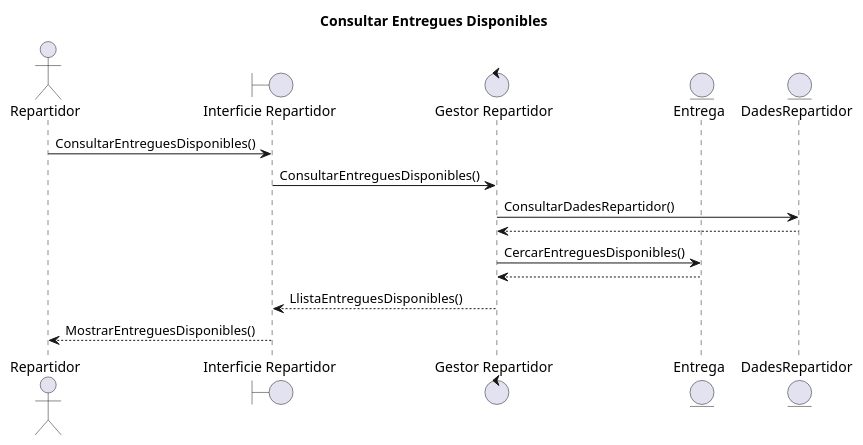
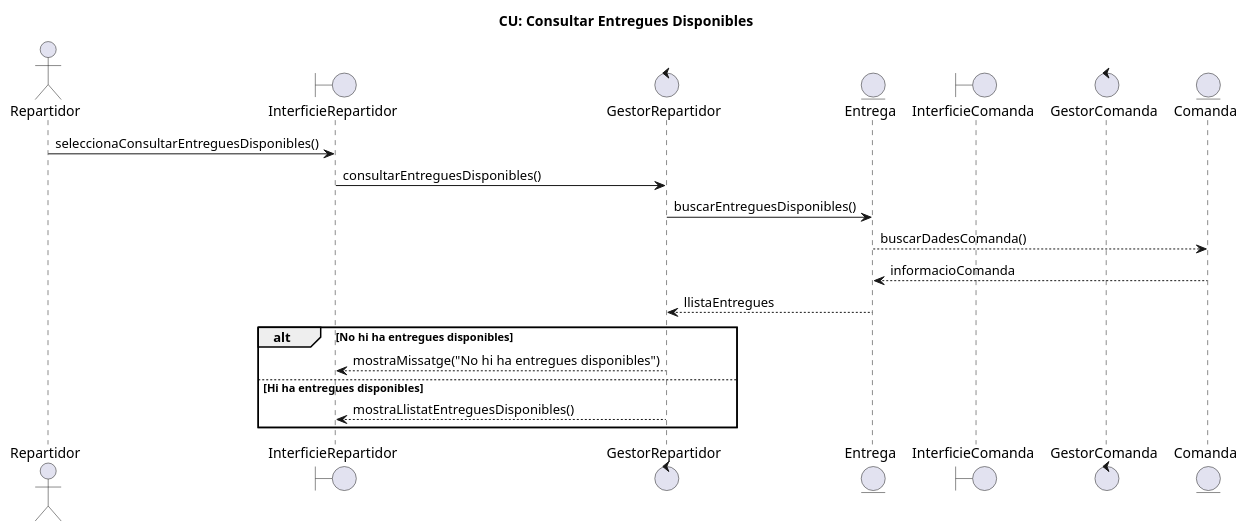
Before and after one commit to AndresVT24/ES23UAB-411-5: the diagram in others/sprint4/plantuml/repartidor_ConsultarEntreguesDisponibles.puml, drawn with PlantUML. The commit also changed 13 other files, not shown here.

Commit message:
diagramas

```diff
--- a/others/sprint4/plantuml/repartidor_ConsultarEntreguesDisponibles.puml
+++ b/others/sprint4/plantuml/repartidor_ConsultarEntreguesDisponibles.puml
@@ -1,23 +1,30 @@
 @startuml
-title Consultar Entregues Disponibles
+title CU: Consultar Entregues Disponibles
 
 actor Repartidor
 
-boundary "Interficie Repartidor" as Interficie
-control "Gestor Repartidor" as Gestor
-entity "Entrega" as Entrega
-entity "DadesRepartidor" as DadesRepartidor
+boundary InterficieRepartidor
+control GestorRepartidor
 
-Repartidor -> Interficie : ConsultarEntreguesDisponibles()
-Interficie -> Gestor : ConsultarEntreguesDisponibles()
+entity Entrega
 
-Gestor -> DadesRepartidor : ConsultarDadesRepartidor()
-DadesRepartidor --> Gestor
+boundary InterficieComanda
+control GestorComanda
 
-Gestor -> Entrega : CercarEntreguesDisponibles()
-Entrega --> Gestor
+entity Comanda
 
-Gestor --> Interficie : LlistaEntreguesDisponibles()
-Interficie --> Repartidor : MostrarEntreguesDisponibles()
+Repartidor -> InterficieRepartidor : seleccionaConsultarEntreguesDisponibles()
+InterficieRepartidor -> GestorRepartidor : consultarEntreguesDisponibles()
+
+GestorRepartidor -> Entrega : buscarEntreguesDisponibles()
+Entrega --> Comanda : buscarDadesComanda()
+Comanda --> Entrega : informacioComanda
+Entrega --> GestorRepartidor : llistaEntregues
+
+alt No hi ha entregues disponibles
+    GestorRepartidor --> InterficieRepartidor : mostraMissatge("No hi ha entregues disponibles")
+else Hi ha entregues disponibles
+    GestorRepartidor --> InterficieRepartidor : mostraLlistatEntreguesDisponibles()
+end
 
 @enduml
```
